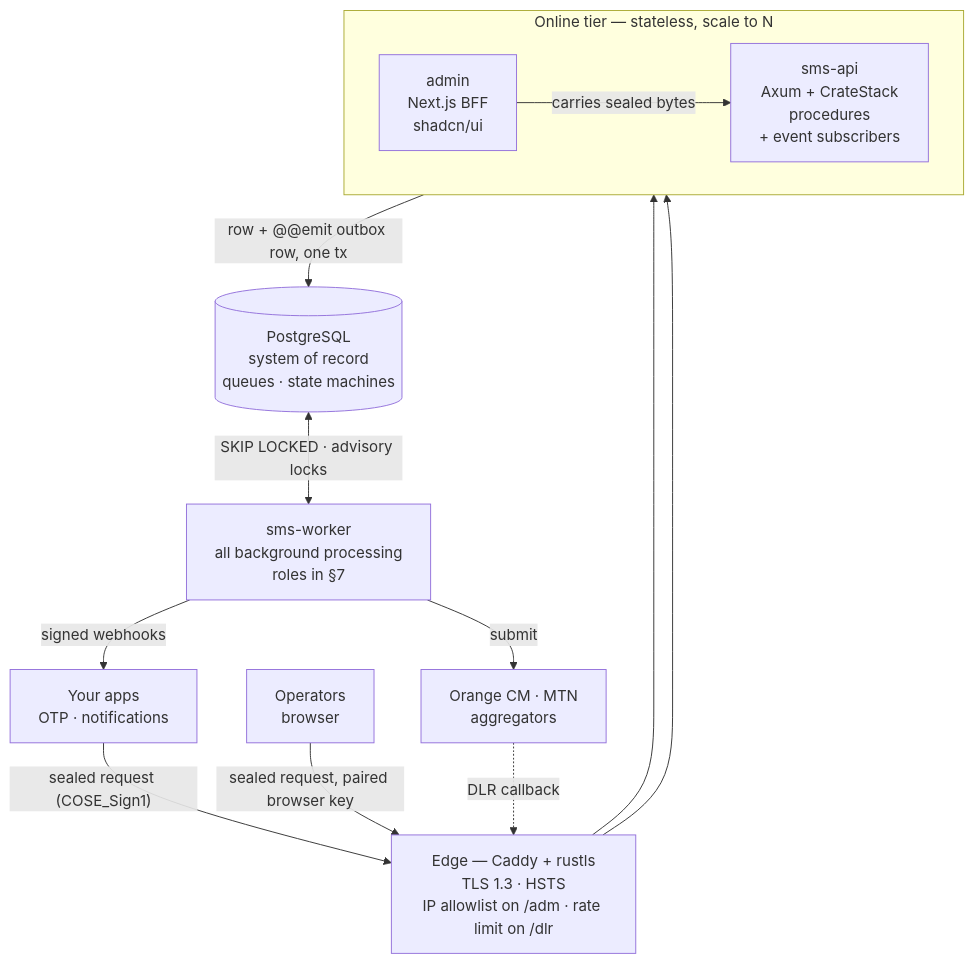
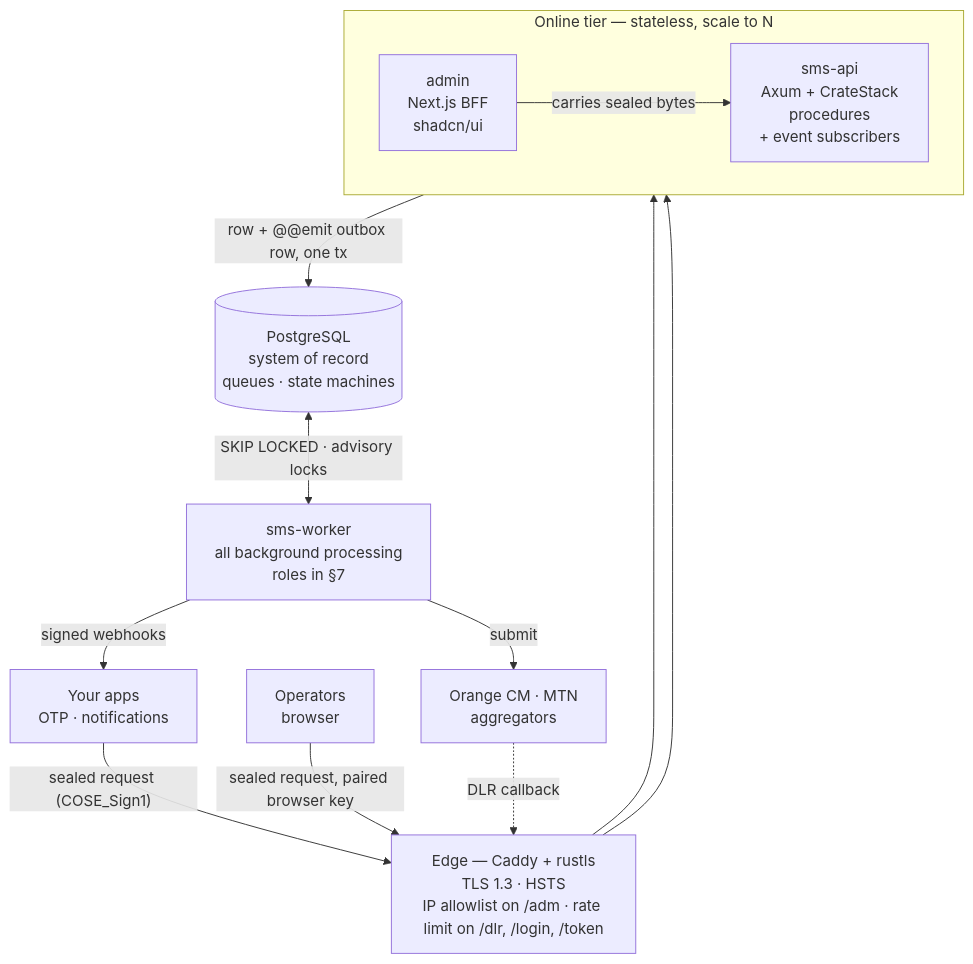
Before and after one commit to vaam-apps/vsms: the first of 21 diagrams in docs/architecture.md, drawn with Mermaid.

Commit message:
docs: the edge diagram names the new zone (VSA-4a)
Claude-Session: https://claude.ai/code/session_011j5oz9E8KarFe5g7cJ8pAi

````diff
--- a/docs/architecture.md
+++ b/docs/architecture.md
@@ -97,27 +97,27 @@
 ```mermaid
 flowchart TB
     APP["Your apps<br/>OTP · notifications"]
     HUMAN["Operators<br/>browser"]
-    EDGE["Edge — Caddy + rustls<br/>TLS 1.3 · HSTS<br/>IP allowlist on /adm · rate limit on /dlr"]
+    EDGE["Edge — Caddy + rustls<br/>TLS 1.3 · HSTS<br/>IP allowlist on /adm · rate limit on /dlr, /login, /token"]
 
     subgraph online["Online tier — stateless, scale to N"]
         direction LR
         API["sms-api<br/>Axum + CrateStack<br/>procedures<br/>+ event subscribers"]
         ADMIN["admin<br/>Next.js BFF<br/>shadcn/ui"]
     end
 
     WORKER["sms-worker<br/>all background processing<br/>roles in §7"]
     PG[("PostgreSQL<br/>system of record<br/>queues · state machines")]
     OPS["Orange CM · MTN<br/>aggregators"]
 
     APP -- "sealed request (COSE_Sign1)" --> EDGE
     HUMAN -- "sealed request, paired browser key" --> EDGE
     EDGE --> ADMIN
     EDGE --> API
     ADMIN -- "carries sealed bytes" --> API
     API -- "row + @@emit outbox row, one tx" --> PG
     PG <-- "SKIP LOCKED · advisory locks" --> WORKER
     WORKER -- "submit" --> OPS
     OPS -. "DLR callback" .-> EDGE
     WORKER -- "signed webhooks" --> APP
 ```
````
